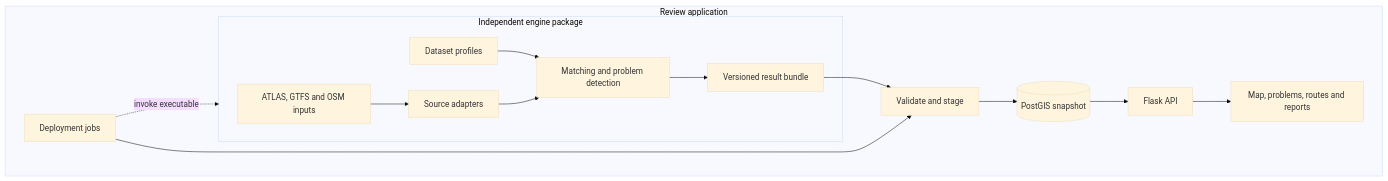
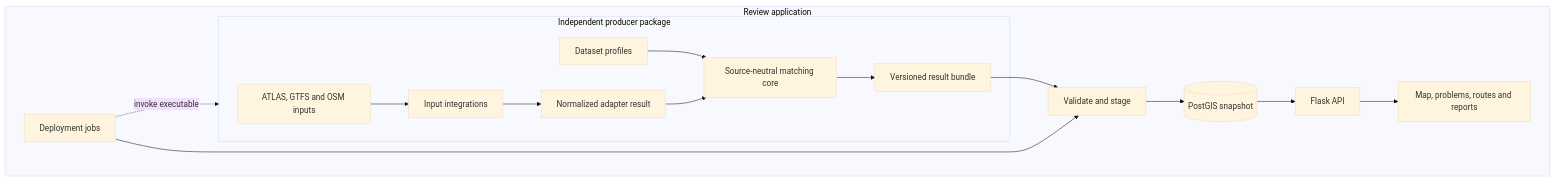
Before and after one commit to openTdataCH/stop_sync_osm_atlas: the diagram in documentation/3. System Architecture.md, drawn with Mermaid (base theme). The commit also changed other lines of this file and 38 other files, not shown here.

First line of the commit message:
Refactor GTFS and OSM route processing

````diff
--- a/documentation/3. System Architecture.md
+++ b/documentation/3. System Architecture.md
@@ -5,17 +5,18 @@
 ```mermaid
 flowchart TD
-    subgraph Engine[Independent engine package]
-        Input[ATLAS, GTFS and OSM inputs] --> Adapters[Source adapters]
-        Profiles[Dataset profiles] --> Core[Matching and problem detection]
+    subgraph Engine[Independent producer package]
+        Input[ATLAS, GTFS and OSM inputs] --> Integrations[Input integrations]
+        Integrations --> Adapters[Normalized adapter result]
+        Profiles[Dataset profiles] --> Core[Source-neutral matching core]
         Adapters --> Core
         Core --> Bundle[Versioned result bundle]
     end
     subgraph Review[Review application]
         Bundle --> Import[Validate and stage]
         Import --> DB[(PostGIS snapshot)]
         DB --> Flask[Flask API]
         Flask --> Browser[Map, problems, routes and reports]
         Jobs[Deployment jobs] --> Import
         Jobs -. invoke executable .-> Engine
     end
 ```
````
